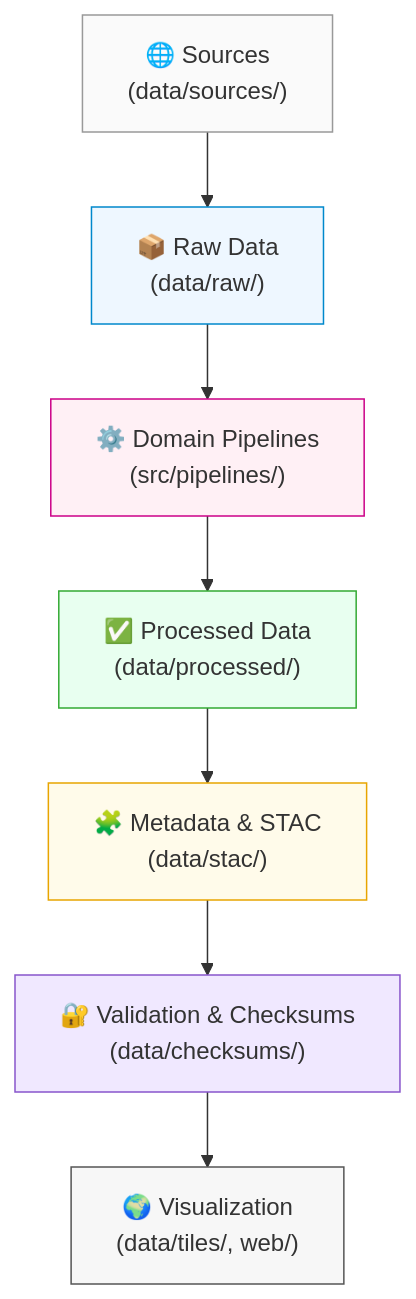
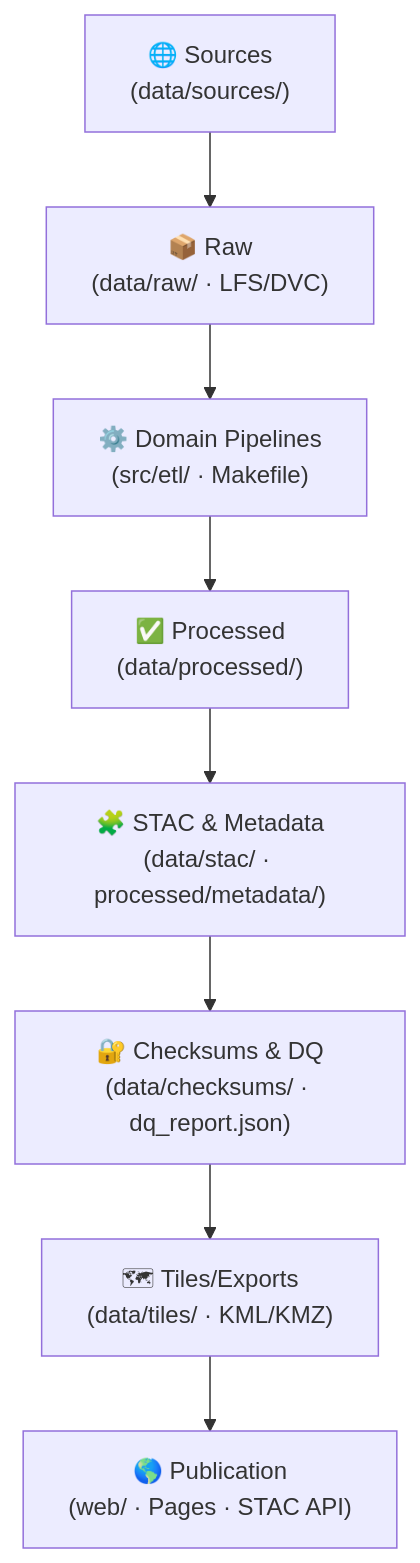
The diagram in docs/architecture/pipelines.md (bartytime4life/Kansas-Frontier-Matrix), drawn with Mermaid before and after one commit. The commit also changed other lines of this file, not shown here.

`````diff
--- a/docs/architecture/pipelines.md
+++ b/docs/architecture/pipelines.md
@@ -37,17 +68,10 @@
 ```mermaid
 flowchart TD
-  A["🌐 Sources\n(data/sources/)"] --> B["📦 Raw Data\n(data/raw/)"]
-  B --> C["⚙️ Domain Pipelines\n(src/pipelines/)"]
-  C --> D["✅ Processed Data\n(data/processed/)"]
-  D --> E["🧩 Metadata & STAC\n(data/stac/)"]
-  E --> F["🔐 Validation & Checksums\n(data/checksums/)"]
-  F --> G["🌍 Visualization\n(data/tiles/, web/)"]
-
-  style A fill:#fafafa,stroke:#999
-  style B fill:#eef7ff,stroke:#0088cc
-  style C fill:#fff0f5,stroke:#cc0088
-  style D fill:#e8fff0,stroke:#33aa33
-  style E fill:#fffbea,stroke:#e8a500
-  style F fill:#f0e8ff,stroke:#8855cc
-  style G fill:#f7f7f7,stroke:#555
-````
+  A["🌐 Sources\n(data/sources/)"] --> B["📦 Raw\n(data/raw/ · LFS/DVC)"]
+  B --> C["⚙️ Domain Pipelines\n(src/etl/ · Makefile)"]
+  C --> D["✅ Processed\n(data/processed/)"]
+  D --> E["🧩 STAC & Metadata\n(data/stac/ · processed/metadata/)"]
+  E --> F["🔐 Checksums & DQ\n(data/checksums/ · dq_report.json)"]
+  F --> G["🗺 Tiles/Exports\n(data/tiles/ · KML/KMZ)"]
+  G --> H["🌎 Publication\n(web/ · Pages · STAC API)"]
+```
`````
